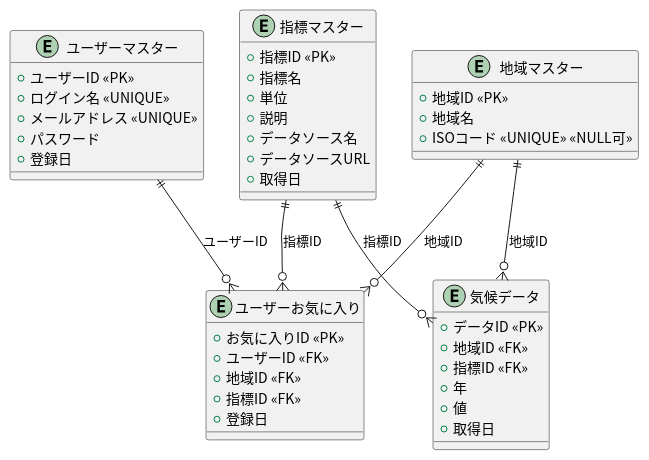
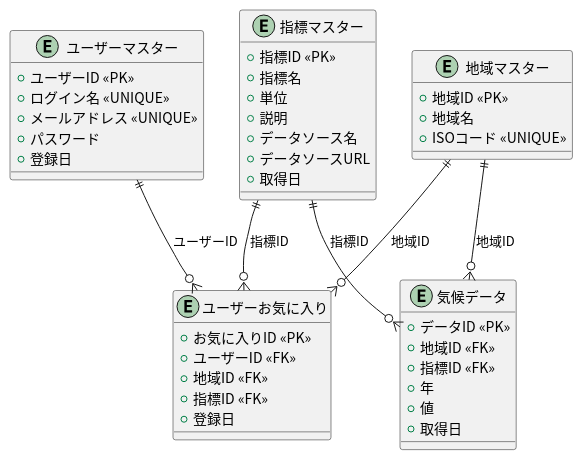
Before and after one commit to tomoki-shiozaki/climate-change-app: the diagram in docs/er/er.pu, drawn with PlantUML. The commit also changed 9 other files, not shown here.

```diff
--- a/docs/er/er.pu
+++ b/docs/er/er.pu
@@ -1,52 +1,52 @@
 @startuml er
 skinparam defaultFontName "Noto Sans CJK JP"
 
 entity "ユーザーマスター" as User {
   +ユーザーID <<PK>>
   +ログイン名 <<UNIQUE>>
   +メールアドレス <<UNIQUE>>
   +パスワード
   +登録日
 }
 
 entity "地域マスター" as Region {
   +地域ID <<PK>>
   +地域名
-  +ISOコード <<UNIQUE>> <<NULL可>>
+  +ISOコード <<UNIQUE>>
 }
 
 entity "指標マスター" as Indicator {
   +指標ID <<PK>>
   +指標名
   +単位
   +説明
   +データソース名
   +データソースURL
   +取得日
 }
 
 entity "気候データ" as ClimateData {
   +データID <<PK>>
   +地域ID <<FK>>
   +指標ID <<FK>>
   + 年
   + 値
   +取得日
 }
 
 entity "ユーザーお気に入り" as Favorite {
   +お気に入りID <<PK>>
   +ユーザーID <<FK>>
   +地域ID <<FK>>
   +指標ID <<FK>>
   +登録日
 }
 
 Region ||--o{ ClimateData : 地域ID
 Indicator ||--o{ ClimateData : 指標ID
 
 User ||--o{ Favorite : ユーザーID
 Region ||--o{ Favorite : 地域ID
 Indicator ||--o{ Favorite : 指標ID
 
 @enduml
```
